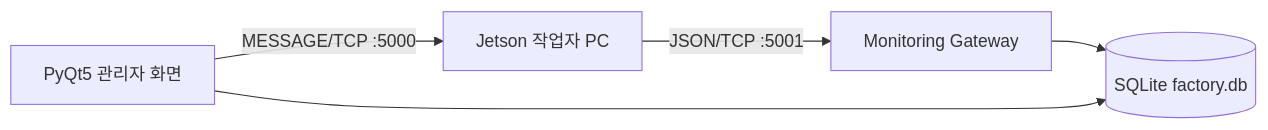
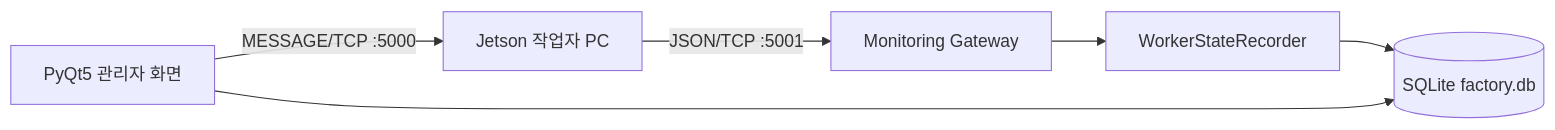
The diagram in project_admin/README.md (qkrtkdgus010208/AI_Standard_Process_System), drawn with Mermaid before and after one commit. The commit also changed other lines of this file and 19 other files, not shown here.

````diff
--- a/project_admin/README.md
+++ b/project_admin/README.md
@@ -33,7 +45,8 @@
 ```mermaid
 flowchart LR
     J[Jetson 작업자 PC] -->|JSON/TCP :5001| G[Monitoring Gateway]
-    G --> D[(SQLite factory.db)]
+    G --> R[WorkerStateRecorder]
+    R --> D[(SQLite factory.db)]
     A[PyQt5 관리자 화면] --> D
     A -->|MESSAGE/TCP :5000| J
 ```
````
